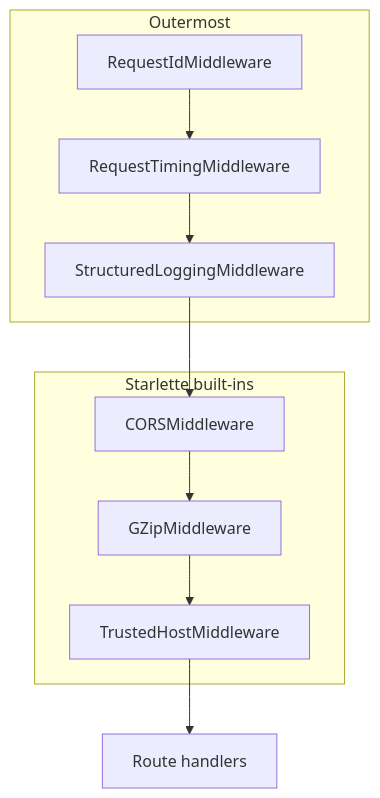
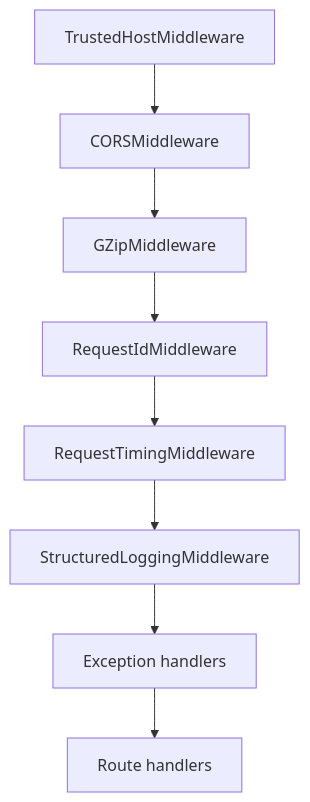
The fourth of 6 diagrams in RecoveryPilot-AI/docs/BACKEND_ARCHITECTURE.md (aditysinhania/RecoveryPilot-AI), drawn with Mermaid before and after one commit. The commit also changed other lines of this file and 22 other files, not shown here.

````diff
--- a/RecoveryPilot-AI/docs/BACKEND_ARCHITECTURE.md
+++ b/RecoveryPilot-AI/docs/BACKEND_ARCHITECTURE.md
@@ -93,15 +157,12 @@
 ```mermaid
 flowchart TB
-    subgraph outer [Outermost]
-        RID[RequestIdMiddleware]
-        TIME[RequestTimingMiddleware]
-        LOG[StructuredLoggingMiddleware]
-    end
-    subgraph starlette [Starlette built-ins]
-        CORS[CORSMiddleware]
-        GZ[GZipMiddleware]
-        TH[TrustedHostMiddleware]
-    end
+    TH[TrustedHostMiddleware]
+    CORS[CORSMiddleware]
+    GZ[GZipMiddleware]
+    RID[RequestIdMiddleware]
+    TIME[RequestTimingMiddleware]
+    LOG[StructuredLoggingMiddleware]
+    EX[Exception handlers]
     APP[Route handlers]
-    RID --> TIME --> LOG --> CORS --> GZ --> TH --> APP
+    TH --> CORS --> GZ --> RID --> TIME --> LOG --> EX --> APP
 ```
````
